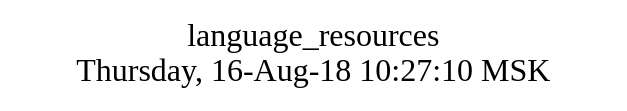
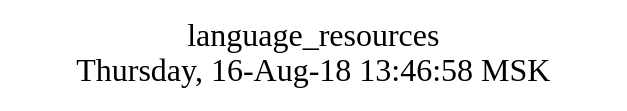
Before and after one commit to AplaProject/apps: the diagram in src/language_resources/struct.dot, drawn with Graphviz. The commit also changed 6 other files, not shown here.

```diff
--- a/src/language_resources/struct.dot
+++ b/src/language_resources/struct.dot
@@ -1,10 +1,10 @@
 digraph G {
 graph [
   fontsize="24";
-  label="language_resources\nThursday, 16-Aug-18 10:27:10 MSK";
+  label="language_resources\nThursday, 16-Aug-18 13:46:58 MSK";
   nojustify=true;
   ordering=out;
   rankdir=LR;
   size="30";
 ];
 }
```
